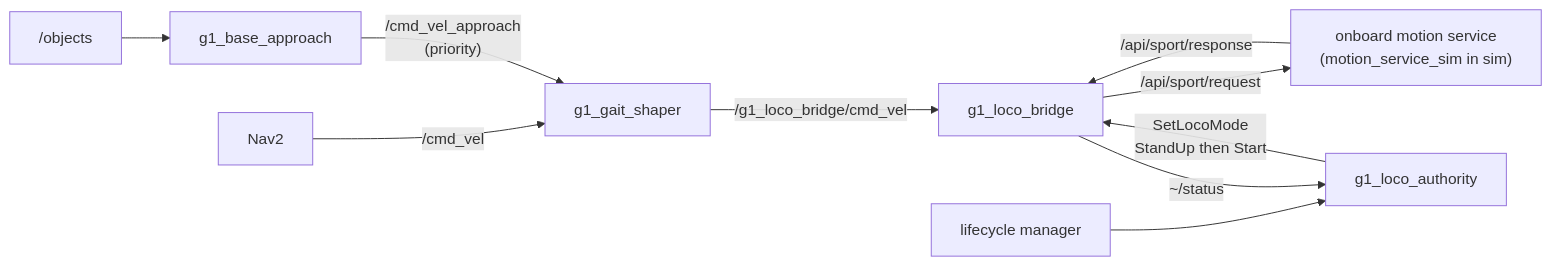
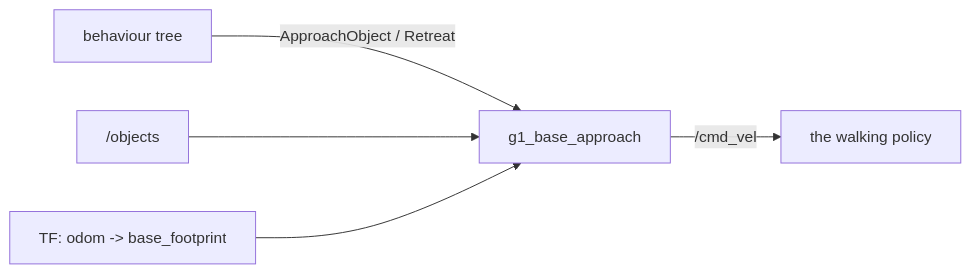
One commit to Adyansh04/grove-g1 changed the diagram in workspace/src/g1_locomotion/README.md. Above: the diagram before and after it, drawn with Mermaid. The commit also changed other lines of this file and 7 other files, not shown here.

First line of the commit message:
Close the base approach continuously on the AGILE gait

````diff
--- a/workspace/src/g1_locomotion/README.md
+++ b/workspace/src/g1_locomotion/README.md
@@ -9,12 +9,7 @@
 ```mermaid
 flowchart LR
-    NAV["Nav2"] -- "/cmd_vel" --> GS["g1_gait_shaper"]
-    BA["g1_base_approach"] -- "/cmd_vel_approach<br/>(priority)" --> GS
+    BT["behaviour tree"] -- "ApproachObject / Retreat" --> BA["g1_base_approach"]
     OBJ["/objects"] --> BA
-    GS -- "/g1_loco_bridge/cmd_vel" --> BR["g1_loco_bridge"]
-    LM["lifecycle manager"] --> AU["g1_loco_authority"]
-    AU -- "SetLocoMode<br/>StandUp then Start" --> BR
-    BR -- "/api/sport/request" --> RS["onboard motion service<br/>(motion_service_sim in sim)"]
-    RS -- "/api/sport/response" --> BR
-    BR -- "~/status" --> AU
+    TF["TF: odom -> base_footprint"] --> BA
+    BA -- "/cmd_vel" --> POL["the walking policy"]
 ```
````
